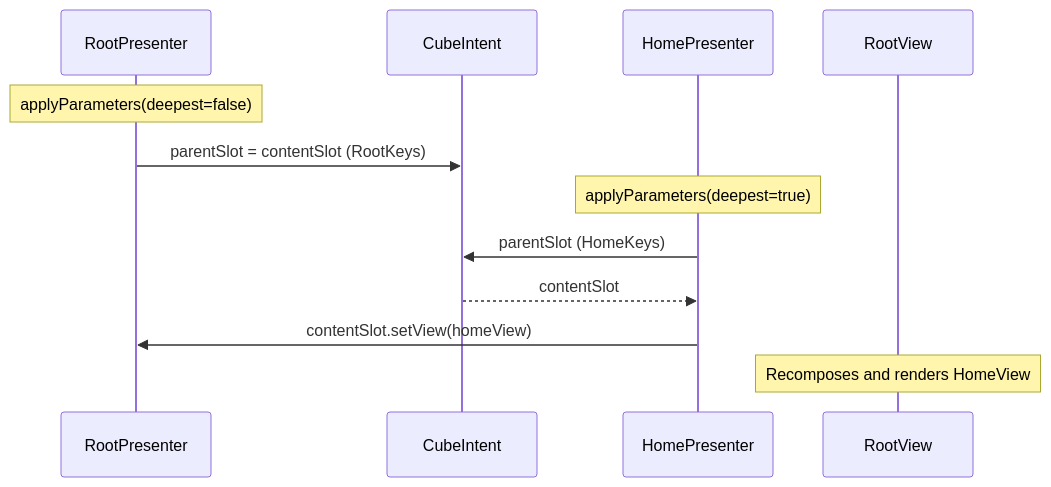
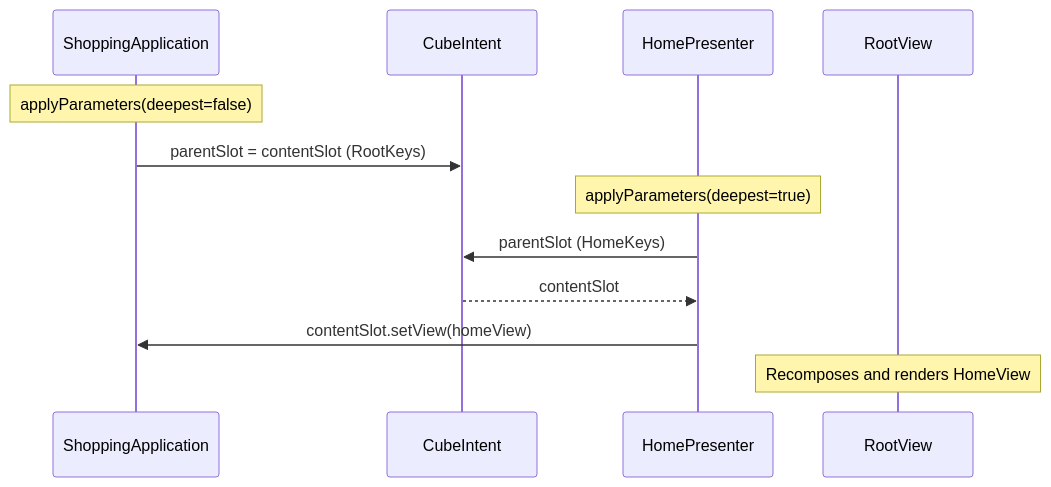
One commit to mrcdom/wdc-cube-kotlin changed the seventh of 10 diagrams in docs/architecture.md. Above: the diagram before and after it, drawn with Mermaid. The commit also changed other lines of this file and 22 other files, not shown here.

First line of the commit message:
refactor(presentation): ShoppingApplication absorbs RootPresenter

````diff
--- a/docs/architecture.md
+++ b/docs/architecture.md
@@ -353,16 +353,16 @@
 ```mermaid
 sequenceDiagram
-    participant Root as RootPresenter
+    participant Root as ShoppingApplication
     participant Intent as CubeIntent
     participant Home as HomePresenter
     participant RootView as RootView
 
     Note over Root: applyParameters(deepest=false)
     Root->>Intent: parentSlot = contentSlot (RootKeys)
 
     Note over Home: applyParameters(deepest=true)
     Home->>Intent: parentSlot (HomeKeys)
     Intent-->>Home: contentSlot
     Home->>Root: contentSlot.setView(homeView)
     Note over RootView: Recomposes and renders HomeView
 ```
````
